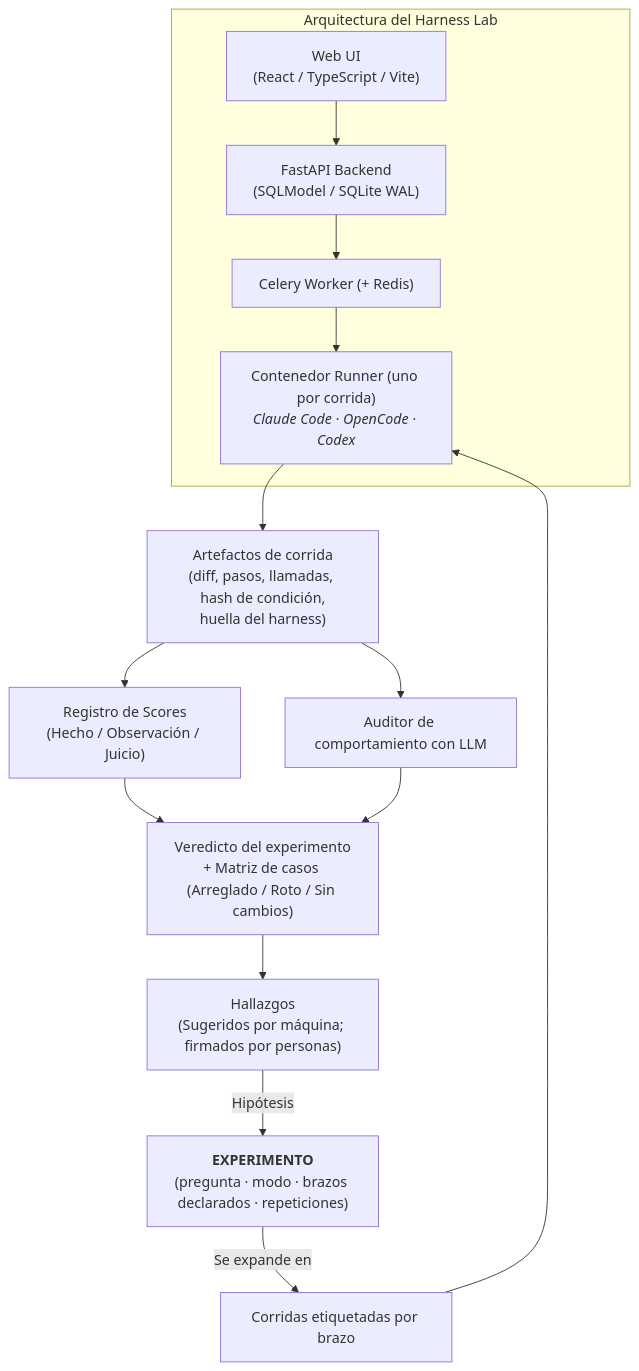
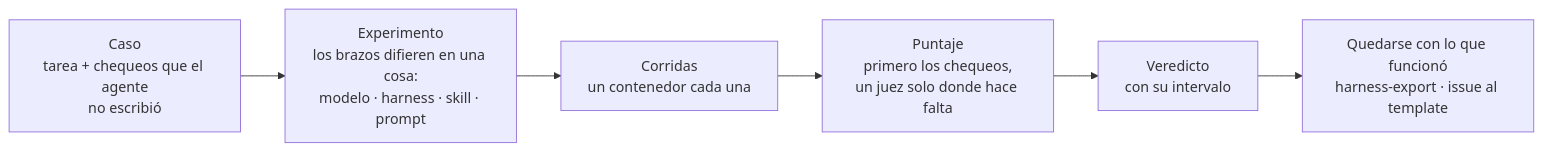
Before and after one commit to marcosdh1987/harness-engineering-guide: the diagram in docs/es/reference-implementation/ai-agentic-harness-lab/index.md, drawn with Mermaid. The commit also changed other lines of this file and 3 other files, not shown here.

Commit message:
docs(lab): catch the Harness Lab pages up to lab main (EN/ES)

````diff
--- a/docs/es/reference-implementation/ai-agentic-harness-lab/index.md
+++ b/docs/es/reference-implementation/ai-agentic-harness-lab/index.md
@@ -25,17 +116,8 @@
 ```mermaid
-flowchart TB
-    subgraph STACK["Arquitectura del Harness Lab"]
-        UI["Web UI<br/>(React / TypeScript / Vite)"] --> API["FastAPI Backend<br/>(SQLModel / SQLite WAL)"]
-        API --> W["Celery Worker (+ Redis)"]
-        W --> RUNNER["Contenedor Runner (uno por corrida)<br/><i>Claude Code · OpenCode · Codex</i>"]
-    end
-
-    EXP["<b>EXPERIMENTO</b><br/>(pregunta · modo · brazos declarados · repeticiones)"] -->|"Se expande en"| RUNS["Corridas etiquetadas por brazo"]
-    RUNS --> RUNNER
-    RUNNER --> ART["Artefactos de corrida<br/>(diff, pasos, llamadas, hash de condición,<br/>huella del harness)"]
-    ART --> SCORE["Registro de Scores<br/>(Hecho / Observación / Juicio)"]
-    ART --> AUDIT["Auditor de comportamiento con LLM"]
-    SCORE & AUDIT --> VERDICT["Veredicto del experimento<br/>+ Matriz de casos (Arreglado / Roto / Sin cambios)"]
-    VERDICT --> FIND["Hallazgos<br/>(Sugeridos por máquina; firmados por personas)"]
-    FIND -->|"Hipótesis"| EXP
+flowchart LR
+    CASE["Caso<br/>tarea + chequeos que el agente<br/>no escribió"] --> EXP["Experimento<br/>los brazos difieren en una cosa:<br/>modelo · harness · skill · prompt"]
+    EXP --> RUN["Corridas<br/>un contenedor cada una"]
+    RUN --> SCORE["Puntaje<br/>primero los chequeos,<br/>un juez solo donde hace falta"]
+    SCORE --> VERDICT["Veredicto<br/>con su intervalo"]
+    VERDICT --> KEEP["Quedarse con lo que funcionó<br/>harness-export · issue al template"]
 ```
````
